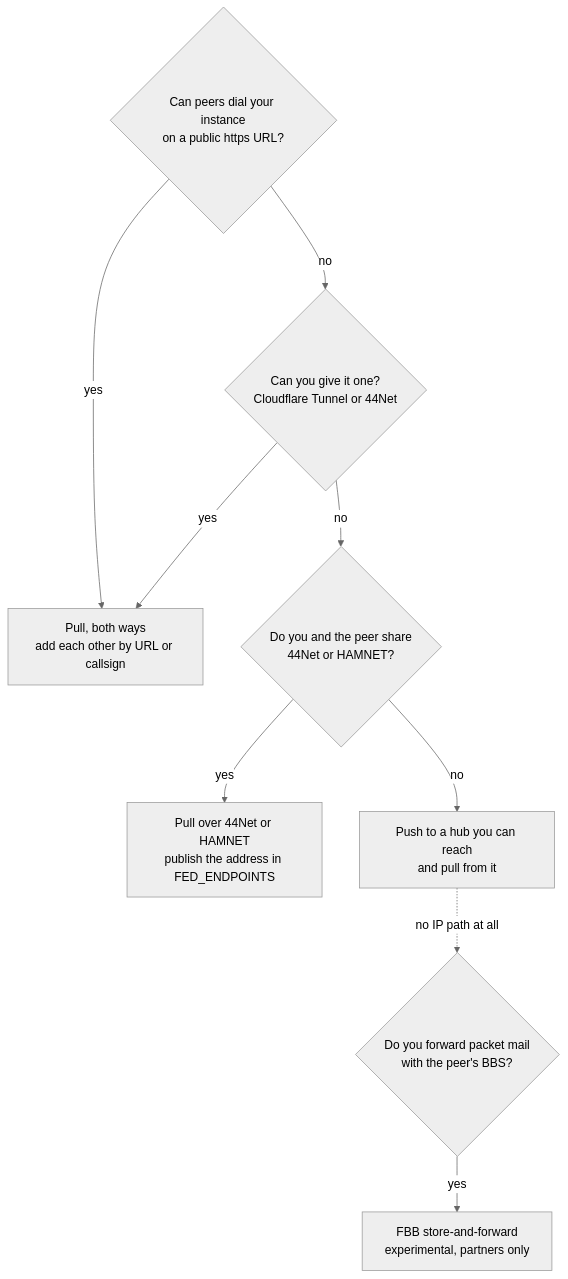
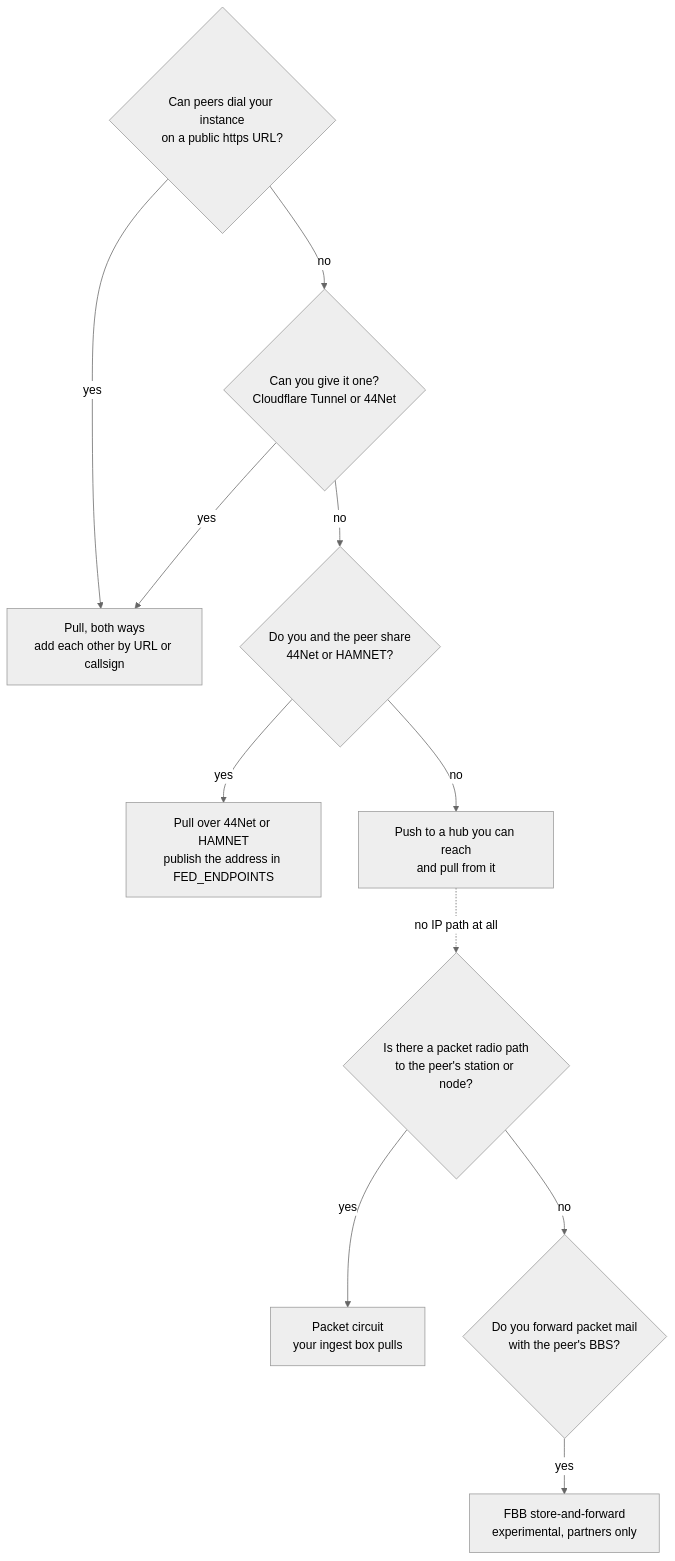
The diagram in docs/run/federation/choose.md (apachler/aprscaching), drawn with Mermaid (neutral theme) before and after one commit. The commit also changed other lines of this file and 30 other files, not shown here.

First line of the commit message:
feat(federation): pull-sync over packet circuits, served and dialled by the ingest box (#336)

````diff
--- a/docs/run/federation/choose.md
+++ b/docs/run/federation/choose.md
@@ -10,19 +10,23 @@
 ```mermaid
 flowchart TD
   q1{"Can peers dial your instance<br/>on a public https URL?"}
   q2{"Can you give it one?<br/>Cloudflare Tunnel or 44Net"}
   q3{"Do you and the peer share<br/>44Net or HAMNET?"}
+  q5{"Is there a packet radio path<br/>to the peer's station or node?"}
   q4{"Do you forward packet mail<br/>with the peer's BBS?"}
   pull["Pull, both ways<br/>add each other by URL or callsign"]
   amprpull["Pull over 44Net or HAMNET<br/>publish the address in FED_ENDPOINTS"]
   push["Push to a hub you can reach<br/>and pull from it"]
+  packet["Packet circuit<br/>your ingest box pulls"]
   fbb["FBB store-and-forward<br/>experimental, partners only"]
   q1 -->|yes| pull
   q1 -->|no| q2
   q2 -->|yes| pull
   q2 -->|no| q3
   q3 -->|yes| amprpull
   q3 -->|no| push
-  push -.->|no IP path at all| q4
+  push -.->|no IP path at all| q5
+  q5 -->|yes| packet
+  q5 -->|no| q4
   q4 -->|yes| fbb
 ```
````
